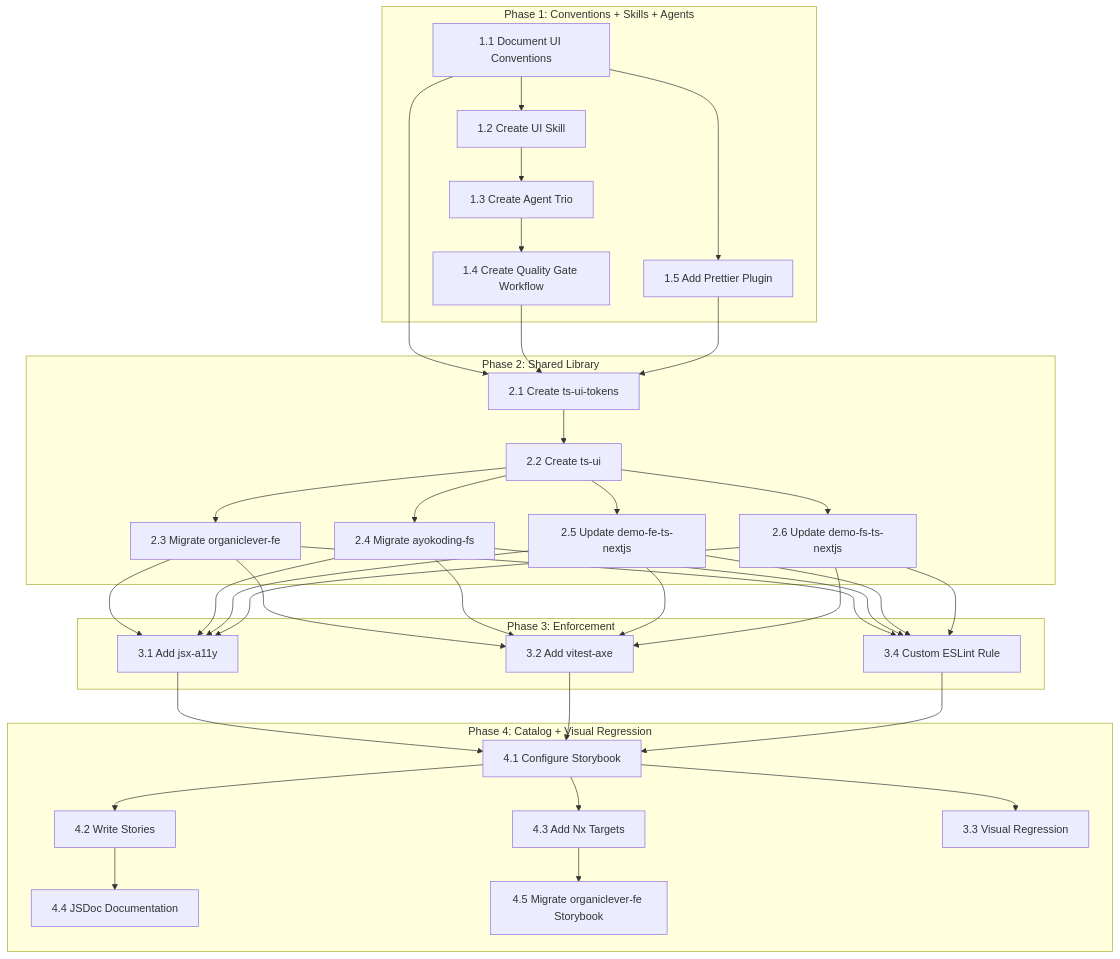
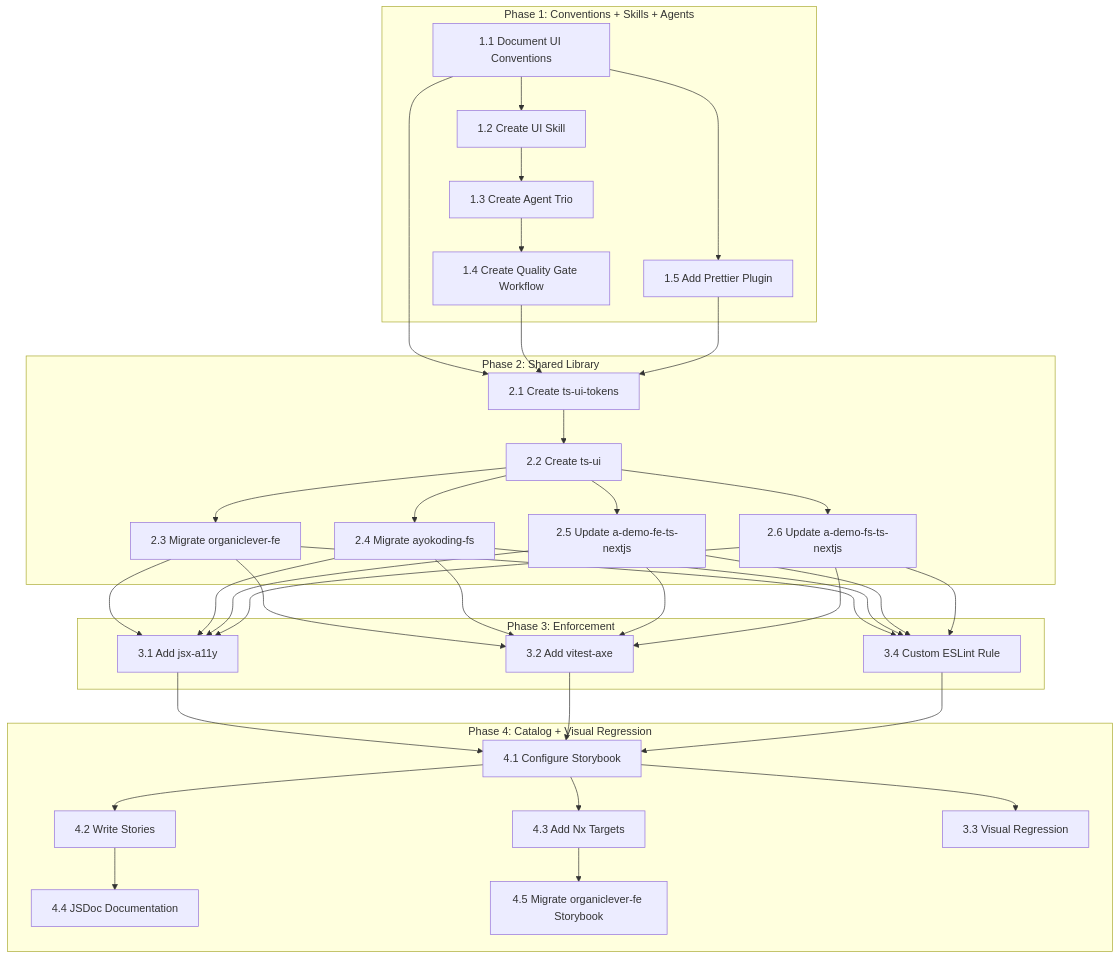
The diagram in plans/done/2026-03-27__ui-development-improvement/delivery.md (wahidyankf/open-sharia-enterprise), drawn with Mermaid before and after one commit. The commit also changed other lines of this file and 2697 other files, not shown here.

````diff
--- a/plans/done/2026-03-27__ui-development-improvement/delivery.md
+++ b/plans/done/2026-03-27__ui-development-improvement/delivery.md
@@ -382,54 +382,54 @@
 ```mermaid
 flowchart TD
   subgraph Phase1[Phase 1: Conventions + Skills + Agents]
     A[1.1 Document UI Conventions]
     B[1.2 Create UI Skill]
     C[1.3 Create Agent Trio]
     D[1.4 Create Quality Gate Workflow]
     D2[1.5 Add Prettier Plugin]
     A --> B
     A --> D2
     B --> C
     C --> D
   end
 
   subgraph Phase2[Phase 2: Shared Library]
     E[2.1 Create ts-ui-tokens]
     F[2.2 Create ts-ui]
     G[2.3 Migrate organiclever-fe]
     H[2.4 Migrate ayokoding-fs]
-    I[2.5 Update demo-fe-ts-nextjs]
-    J[2.6 Update demo-fs-ts-nextjs]
+    I[2.5 Update a-demo-fe-ts-nextjs]
+    J[2.6 Update a-demo-fs-ts-nextjs]
     E --> F
     F --> G
     F --> H
     F --> I
     F --> J
   end
 
   subgraph Phase3[Phase 3: Enforcement]
     K[3.1 Add jsx-a11y]
     L[3.2 Add vitest-axe]
     N[3.4 Custom ESLint Rule]
   end
 
   subgraph Phase4[Phase 4: Catalog + Visual Regression]
     O[4.1 Configure Storybook]
     P[4.2 Write Stories]
     Q[4.3 Add Nx Targets]
     R[4.4 JSDoc Documentation]
     S[4.5 Migrate organiclever-fe Storybook]
     M[3.3 Visual Regression]
     O --> P
     O --> Q
     O --> M
     P --> R
     Q --> S
   end
 
   A & D & D2 --> E
   G & H & I & J --> K
   G & H & I & J --> L
   G & H & I & J --> N
   K & L & N --> O
 ```
````
